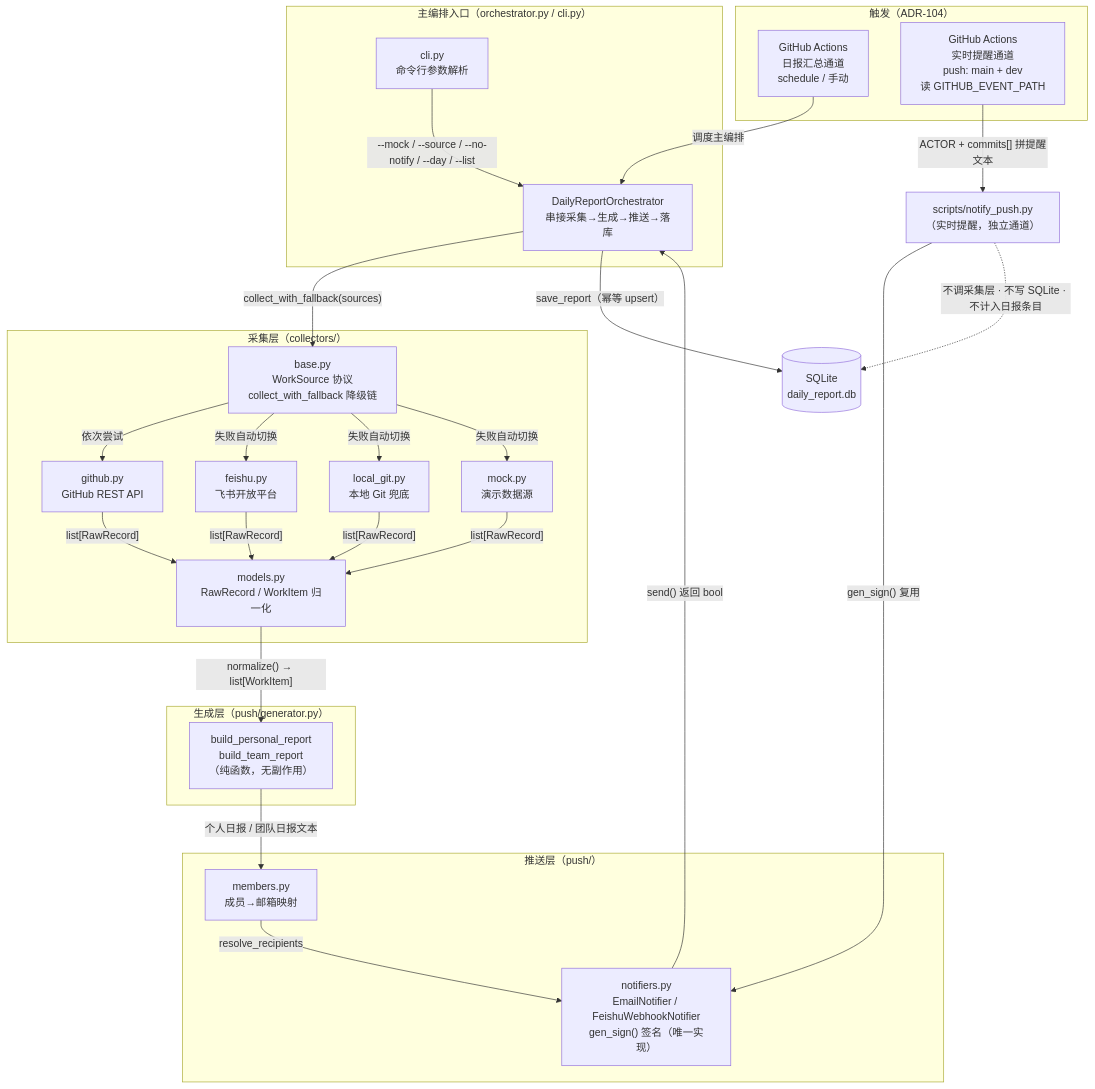
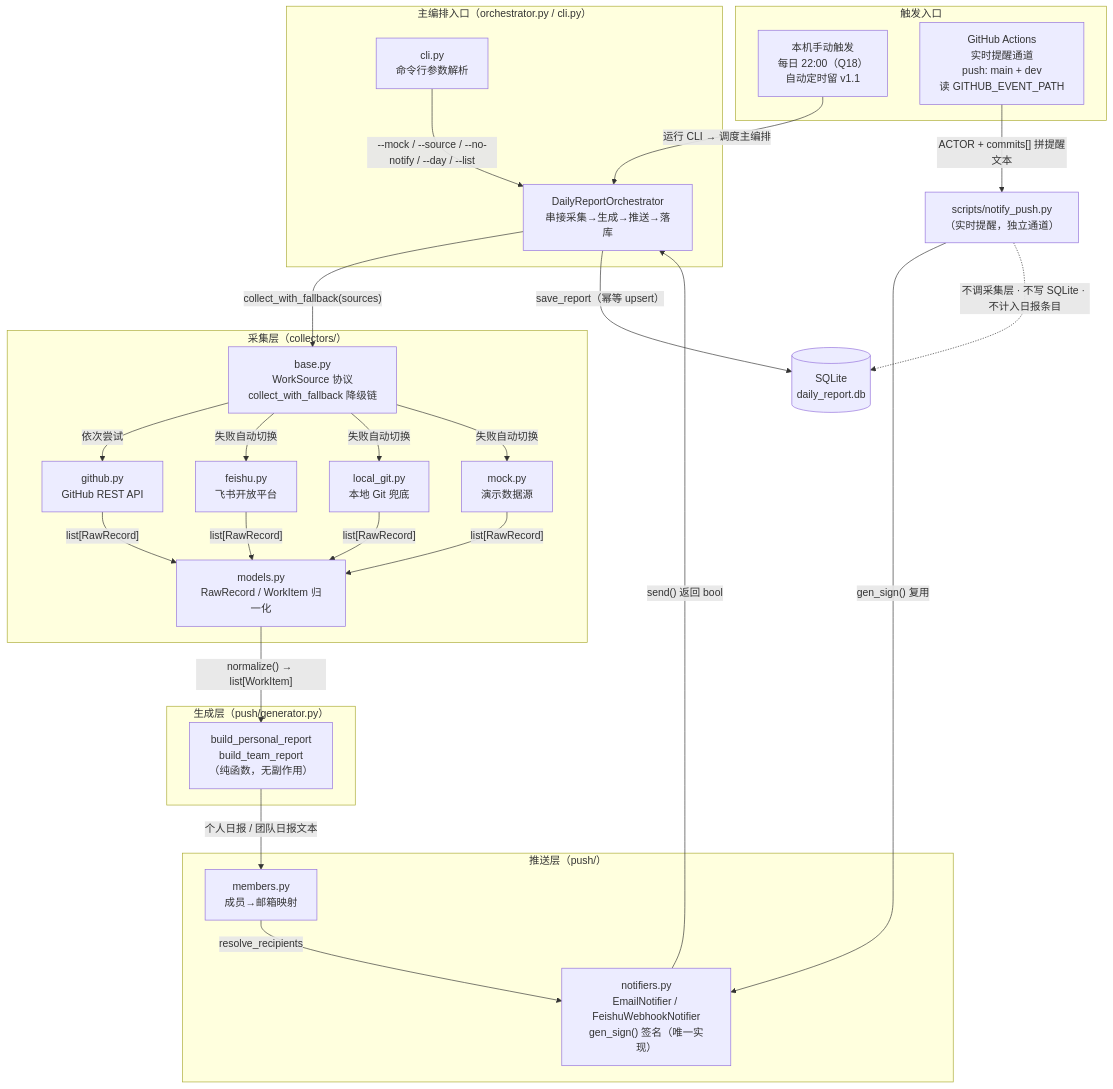
The diagram in specs/design.md (onetwothree-go/smart-daily), drawn with Mermaid before and after one commit. The commit also changed other lines of this file and 1 other file, not shown here.

````diff
--- a/specs/design.md
+++ b/specs/design.md
@@ -17,50 +17,50 @@
 ```mermaid
 flowchart TB
-    subgraph T["触发（ADR-104）"]
-        ACT["GitHub Actions<br/>日报汇总通道<br/>schedule / 手动"]
+    subgraph T["触发入口"]
+        ACT["本机手动触发<br/>每日 22:00（Q18）<br/>自动定时留 v1.1"]
         RT["GitHub Actions<br/>实时提醒通道<br/>push: main + dev<br/>读 GITHUB_EVENT_PATH"]
     end
 
     subgraph L4["主编排入口（orchestrator.py / cli.py）"]
         CLI["cli.py<br/>命令行参数解析"]
         ORCH["DailyReportOrchestrator<br/>串接采集→生成→推送→落库"]
     end
 
     subgraph L1["采集层（collectors/）"]
         BASE["base.py<br/>WorkSource 协议<br/>collect_with_fallback 降级链"]
         GH["github.py<br/>GitHub REST API"]
         FS["feishu.py<br/>飞书开放平台"]
         LG["local_git.py<br/>本地 Git 兜底"]
         MK["mock.py<br/>演示数据源"]
         MODELS["models.py<br/>RawRecord / WorkItem 归一化"]
     end
 
     subgraph L2["生成层（push/generator.py）"]
         GEN["build_personal_report<br/>build_team_report<br/>（纯函数，无副作用）"]
     end
 
     subgraph L3["推送层（push/）"]
         MEM["members.py<br/>成员→邮箱映射"]
         NOT["notifiers.py<br/>EmailNotifier / FeishuWebhookNotifier<br/>gen_sign() 签名（唯一实现）"]
     end
 
     DB[("SQLite<br/>daily_report.db")]
 
-    ACT -->|"调度主编排"| ORCH
+    ACT -->|"运行 CLI → 调度主编排"| ORCH
     CLI -->|"--mock / --source / --no-notify / --day / --list"| ORCH
     ORCH -->|"collect_with_fallback(sources)"| BASE
     BASE -->|依次尝试| GH
     BASE -->|失败自动切换| FS
     BASE -->|失败自动切换| LG
     BASE -->|失败自动切换| MK
     GH & FS & LG & MK -->|"list[RawRecord]"| MODELS
     MODELS -->|"normalize() → list[WorkItem]"| GEN
     GEN -->|"个人日报 / 团队日报文本"| MEM
     MEM -->|"resolve_recipients"| NOT
     NOT -->|"send() 返回 bool"| ORCH
     ORCH -->|"save_report（幂等 upsert）"| DB
 
     RT -->|"ACTOR + commits[] 拼提醒文本"| NP["scripts/notify_push.py<br/>（实时提醒，独立通道）"]
     NP -->|"gen_sign() 复用"| NOT
     NP -.->|"不调采集层 · 不写 SQLite · 不计入日报条目"| DB
 ```
````
